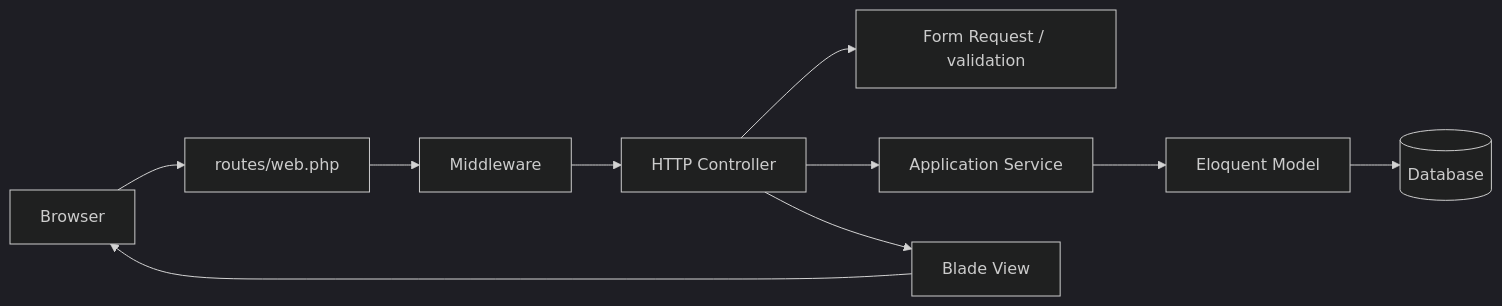
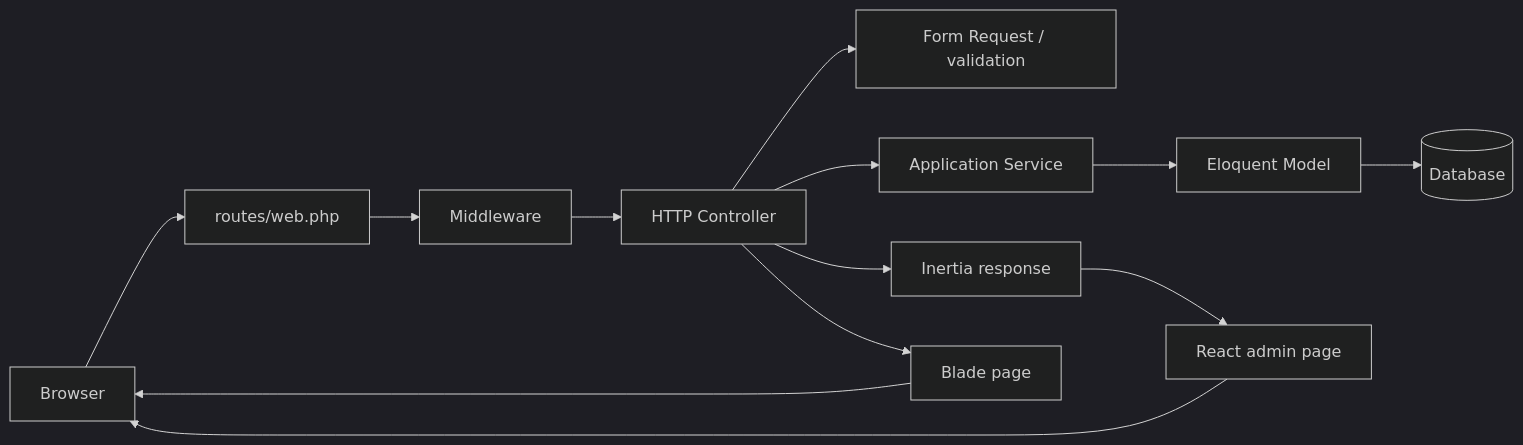
The first of 3 diagrams in ARCHITECTURE.md (Risad212/Medicare), drawn with Mermaid (dark theme) before and after one commit. The commit also changed other lines of this file and 25 other files, not shown here.

Commit message:
feat: start React admin panel migration

````diff
--- a/ARCHITECTURE.md
+++ b/ARCHITECTURE.md
@@ -5,18 +5,21 @@
 ```mermaid
 flowchart LR
     Browser["Browser"]
     Routes["routes/web.php"]
     Middleware["Middleware"]
     Controller["HTTP Controller"]
     Request["Form Request / validation"]
     Service["Application Service"]
     Model["Eloquent Model"]
     Database[("Database")]
-    View["Blade View"]
+    Inertia["Inertia response"]
+    React["React admin page"]
+    Blade["Blade page"]
 
     Browser --> Routes --> Middleware --> Controller
     Controller --> Request
     Controller --> Service
     Service --> Model --> Database
-    Controller --> View --> Browser
+    Controller --> Inertia --> React --> Browser
+    Controller --> Blade --> Browser
 ```
````
